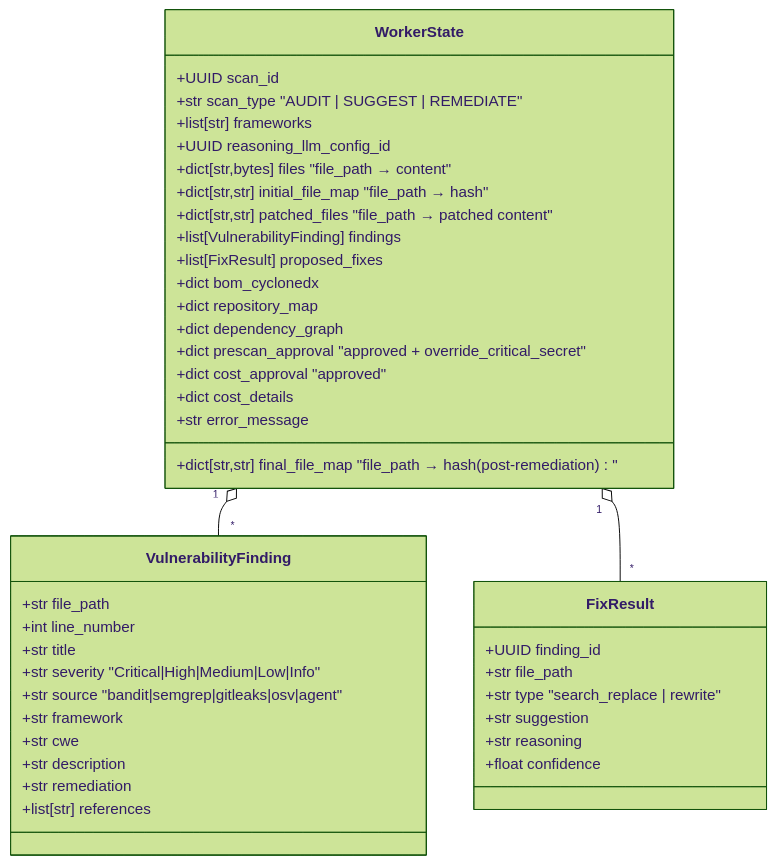
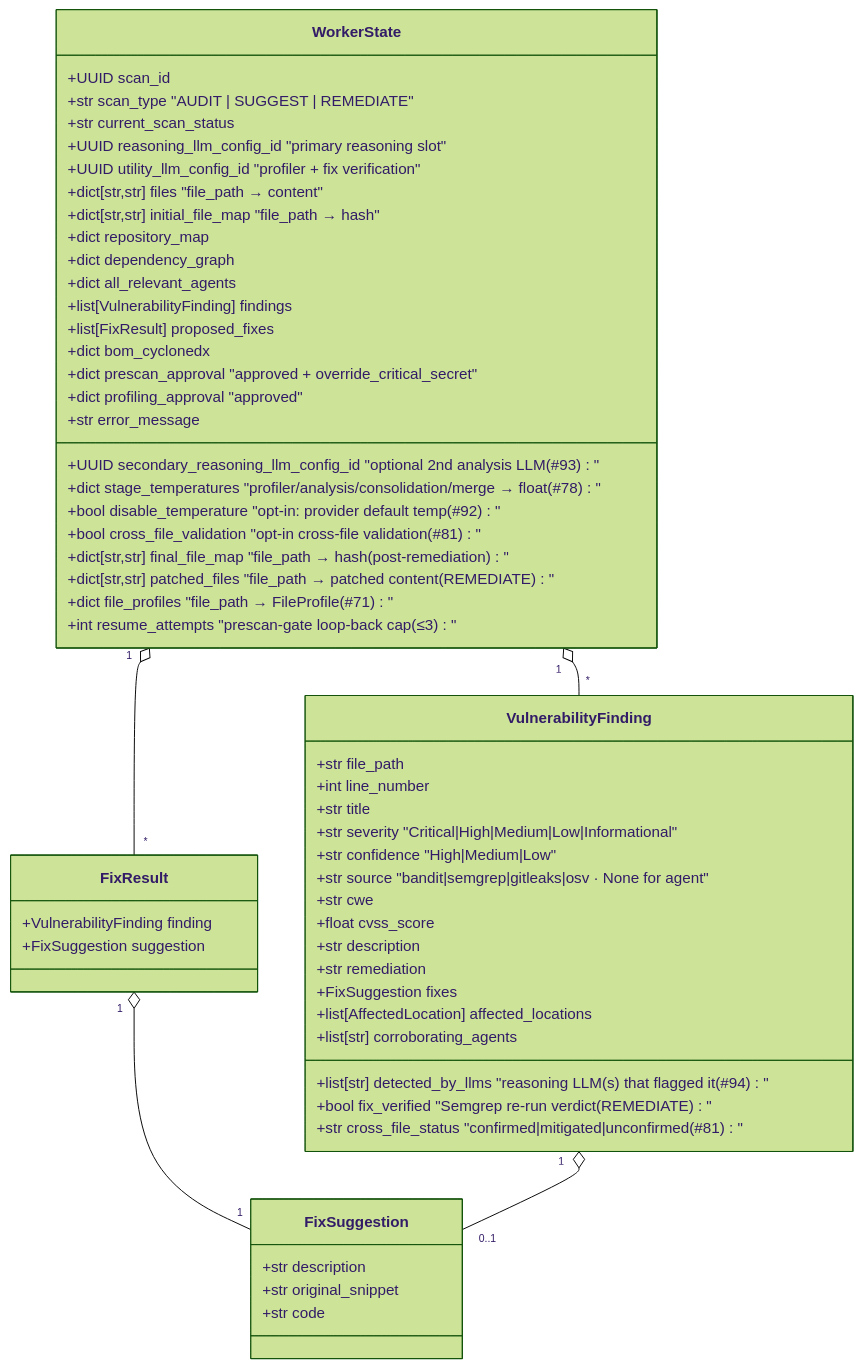
One commit to nerdy-krishna/ai-secure-coding-compliance-platform changed the third of 3 diagrams in docs/docs/architecture/diagrams/14-langgraph-worker.md. Above: the diagram before and after it, drawn with Mermaid (forest theme). The commit also changed other lines of this file and 4 other files, not shown here.

First line of the commit message:
docs: redraw LangGraph worker node graph + feature-gating annotations

````diff
--- a/docs/docs/architecture/diagrams/14-langgraph-worker.md
+++ b/docs/docs/architecture/diagrams/14-langgraph-worker.md
@@ -135,44 +125,60 @@
 ```mermaid
 classDiagram
     class WorkerState {
       +UUID scan_id
-      +str  scan_type            "AUDIT | SUGGEST | REMEDIATE"
-      +list[str] frameworks
-      +UUID reasoning_llm_config_id
-      +dict[str,bytes] files              "file_path → content"
-      +dict[str,str]   initial_file_map   "file_path → hash"
-      +dict[str,str]   final_file_map     "file_path → hash (post-remediation)"
-      +dict[str,str]   patched_files      "file_path → patched content"
+      +str  scan_type                       "AUDIT | SUGGEST | REMEDIATE"
+      +str  current_scan_status
+      +UUID reasoning_llm_config_id          "primary reasoning slot"
+      +UUID secondary_reasoning_llm_config_id "optional 2nd analysis LLM (#93)"
+      +UUID utility_llm_config_id            "profiler + fix verification"
+      +dict stage_temperatures               "profiler/analysis/consolidation/merge → float (#78)"
+      +bool disable_temperature              "opt-in: provider default temp (#92)"
+      +bool cross_file_validation            "opt-in cross-file validation (#81)"
+      +dict[str,str] files                   "file_path → content"
+      +dict[str,str] initial_file_map        "file_path → hash"
+      +dict[str,str] final_file_map          "file_path → hash (post-remediation)"
+      +dict[str,str] patched_files           "file_path → patched content (REMEDIATE)"
+      +dict repository_map
+      +dict dependency_graph
+      +dict file_profiles                    "file_path → FileProfile (#71)"
+      +dict all_relevant_agents
       +list[VulnerabilityFinding] findings
       +list[FixResult] proposed_fixes
       +dict bom_cyclonedx
-      +dict repository_map
-      +dict dependency_graph
-      +dict prescan_approval     "approved + override_critical_secret"
-      +dict cost_approval        "approved"
-      +dict cost_details
+      +dict prescan_approval                 "approved + override_critical_secret"
+      +dict profiling_approval               "approved"
+      +int  resume_attempts                  "prescan-gate loop-back cap (≤3)"
       +str  error_message
     }
     class VulnerabilityFinding {
       +str file_path
       +int line_number
       +str title
-      +str severity              "Critical|High|Medium|Low|Info"
-      +str source                "bandit|semgrep|gitleaks|osv|agent"
-      +str framework
+      +str severity              "Critical|High|Medium|Low|Informational"
+      +str confidence            "High|Medium|Low"
+      +str source                "bandit|semgrep|gitleaks|osv · None for agent"
       +str cwe
+      +float cvss_score
       +str description
       +str remediation
-      +list[str] references
+      +FixSuggestion fixes
+      +list[AffectedLocation] affected_locations
+      +list[str] corroborating_agents
+      +list[str] detected_by_llms          "reasoning LLM(s) that flagged it (#94)"
+      +bool fix_verified                   "Semgrep re-run verdict (REMEDIATE)"
+      +str cross_file_status               "confirmed|mitigated|unconfirmed (#81)"
     }
     class FixResult {
-      +UUID finding_id
-      +str  file_path
-      +str  type                 "search_replace | rewrite"
-      +str  suggestion
-      +str  reasoning
-      +float confidence
+      +VulnerabilityFinding finding
+      +FixSuggestion suggestion
+    }
+    class FixSuggestion {
+      +str description
+      +str original_snippet
+      +str code
     }
     WorkerState "1" o-- "*" VulnerabilityFinding
     WorkerState "1" o-- "*" FixResult
+    FixResult "1" o-- "1" FixSuggestion
+    VulnerabilityFinding "1" o-- "0..1" FixSuggestion
 ```
````
